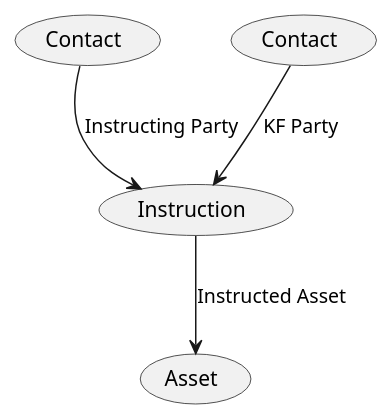
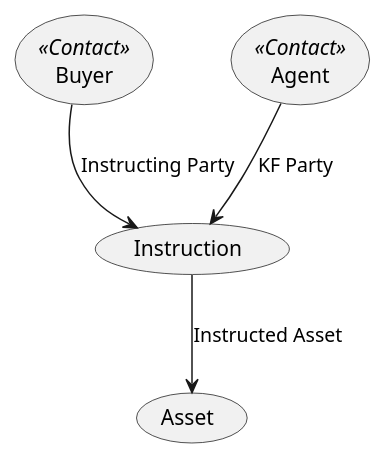
Before and after one commit to Kf-GaryNewport/Kf-GaryNewport.github.io: the diagram in assets/RealEstate/Instruction.puml, drawn with PlantUML. The commit also changed 7 other files, not shown here.

```diff
--- a/assets/RealEstate/Instruction.puml
+++ b/assets/RealEstate/Instruction.puml
@@ -1,10 +1,10 @@
 @startuml Instruction
 
-(Contact) as (ClientParty)
-(Contact) as (KfParty)
+(Buyer) << Contact >>
+(Agent) << Contact >>
 
-(ClientParty) --> (Instruction) : Instructing Party
-(KfParty) --> (Instruction) : KF Party
+(Buyer) --> (Instruction) : Instructing Party
+(Agent) --> (Instruction) : KF Party
 (Instruction) --> (Asset) : Instructed Asset
 
 @enduml
```
